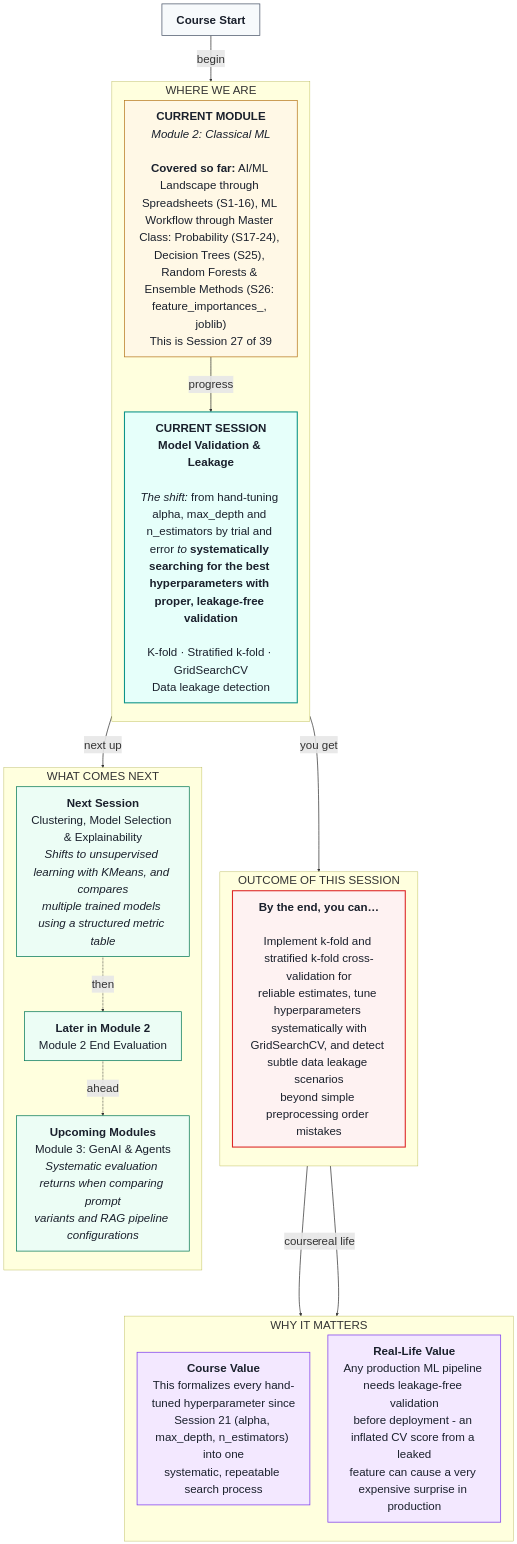
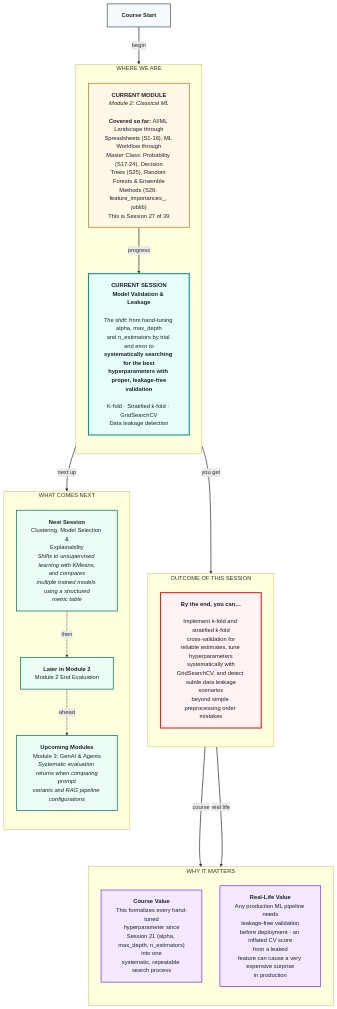
One commit to ritzrmx/Masai_Curriculum changed the diagram in IITP_AIML_Regional/IITR-AIML-TA-I-2606 & IITP-AIML-TA-II-2607/Module-2/Academic session 27- Model Validation & Leakage/pre-read - Session 27 - Model Validation & Leakage.md. Above: the diagram before and after it, drawn with Mermaid. The commit also changed other lines of this file and 15 other files, not shown here.

Commit message:
Add Session 28 (12.2) materials: Clustering, Model Selection & Explainability

````diff
--- a/IITP_AIML_Regional/IITR-AIML-TA-I-2606 & IITP-AIML-TA-II-2607/Module-2/Academic session 27- Model Validation & Leakage/pre-read - Session 27 - Model Validation & Leakage.md
+++ b/IITP_AIML_Regional/IITR-AIML-TA-I-2606 & IITP-AIML-TA-II-2607/Module-2/Academic session 27- Model Validation & Leakage/pre-read - Session 27 - Model Validation & Leakage.md
@@ -7,55 +5,55 @@
 ```mermaid
-%%{init: {'themeVariables': {'fontSize': '32px', 'fontFamily': 'sans-serif'}, 'flowchart': {'htmlLabels': true, 'nodeSpacing': 50, 'rankSpacing': 80, 'wrappingWidth': 400, 'padding': 20}}}%%
+%%{init: {'flowchart': {'htmlLabels': true, 'nodeSpacing': 50, 'rankSpacing': 80, 'padding': 20}}}%%
 flowchart TB
 
 START["<b>Course Start</b>"]
 
 subgraph foundation[" WHERE WE ARE "]
 direction TB
-    CURMOD["<b>CURRENT MODULE</b><br/><i>Module 2: Classical ML</i><br/>&nbsp;<br/><b>Covered so far:</b> AI/ML Landscape through Spreadsheets (S1-16), ML Workflow through Master Class: Probability (S17-24), Decision Trees (S25), Random Forests &amp; Ensemble Methods (S26: feature_importances_, joblib)<br/>This is Session 27 of 39"]
-    CURSES["<b>CURRENT SESSION</b><br/><b>Model Validation &amp; Leakage</b><br/>&nbsp;<br/><i>The shift:</i> from hand-tuning alpha, max_depth and n_estimators by trial and error <i>to</i> <b>systematically searching for the best hyperparameters with proper, leakage-free validation</b><br/>&nbsp;<br/>K-fold · Stratified k-fold · GridSearchCV<br/>Data leakage detection"]
+    CURMOD["<b>CURRENT MODULE</b><br/><i>Module 2: Classical ML</i><br/>&nbsp;<br/><b>Covered so far:</b> AI/ML Landscape through<br/>Spreadsheets (S1-16), ML Workflow through<br/>Master Class: Probability (S17-24), Decision<br/>Trees (S25), Random Forests &amp; Ensemble<br/>Methods (S26: feature_importances_, joblib)<br/>This is Session 27 of 39"]
+    CURSES["<b>CURRENT SESSION</b><br/><b>Model Validation &amp; Leakage</b><br/>&nbsp;<br/><i>The shift:</i> from hand-tuning alpha, max_depth<br/>and n_estimators by trial and error <i>to</i><br/><b>systematically searching for the best<br/>hyperparameters with proper, leakage-free<br/>validation</b><br/>&nbsp;<br/>K-fold · Stratified k-fold · GridSearchCV<br/>Data leakage detection"]
 end
 
 subgraph outcome[" OUTCOME OF THIS SESSION "]
 direction TB
-    OUT["<b>By the end, you can…</b><br/>&nbsp;<br/>Implement k-fold and stratified k-fold cross-validation for<br/>reliable estimates, tune hyperparameters systematically with<br/>GridSearchCV, and detect subtle data leakage scenarios<br/>beyond simple preprocessing order mistakes"]
+    OUT["<b>By the end, you can…</b><br/>&nbsp;<br/>Implement k-fold and stratified k-fold<br/>cross-validation for<br/>reliable estimates, tune hyperparameters<br/>systematically with<br/>GridSearchCV, and detect subtle data leakage<br/>scenarios<br/>beyond simple preprocessing order mistakes"]
 end
 
 subgraph value[" WHY IT MATTERS "]
 direction TB
-    CVAL["<b>Course Value</b><br/>This formalizes every hand-tuned hyperparameter since<br/>Session 21 (alpha, max_depth, n_estimators) into one<br/>systematic, repeatable search process"]
-    RVAL["<b>Real-Life Value</b><br/>Any production ML pipeline needs leakage-free validation<br/>before deployment - an inflated CV score from a leaked<br/>feature can cause a very expensive surprise in production"]
+    CVAL["<b>Course Value</b><br/>This formalizes every hand-tuned<br/>hyperparameter since<br/>Session 21 (alpha, max_depth, n_estimators)<br/>into one<br/>systematic, repeatable search process"]
+    RVAL["<b>Real-Life Value</b><br/>Any production ML pipeline needs<br/>leakage-free validation<br/>before deployment - an inflated CV score<br/>from a leaked<br/>feature can cause a very expensive surprise<br/>in production"]
 end
 
 subgraph future[" WHAT COMES NEXT "]
 direction TB
-    U0["<b>Next Session</b><br/>Clustering, Model Selection &amp; Explainability<br/><i>Shifts to unsupervised learning with KMeans, and compares<br/>multiple trained models using a structured metric table</i>"]
+    U0["<b>Next Session</b><br/>Clustering, Model Selection &amp;<br/>Explainability<br/><i>Shifts to unsupervised learning with KMeans,<br/>and compares<br/>multiple trained models using a structured<br/>metric table</i>"]
     U1["<b>Later in Module 2</b><br/>Module 2 End Evaluation"]
-    U2["<b>Upcoming Modules</b><br/>Module 3: GenAI &amp; Agents<br/><i>Systematic evaluation returns when comparing prompt<br/>variants and RAG pipeline configurations</i>"]
+    U2["<b>Upcoming Modules</b><br/>Module 3: GenAI &amp; Agents<br/><i>Systematic evaluation returns when comparing<br/>prompt<br/>variants and RAG pipeline configurations</i>"]
 end
 
 START ==>|" begin "| CURMOD
 CURMOD ==>|" progress "| CURSES
 CURSES ==>|" you get "| OUT
 OUT ==>|" course "| CVAL
 OUT ==>|" real life "| RVAL
 CURSES ==>|" next up "| U0
 U0 -.->|" then "| U1
 U1 -.->|" ahead "| U2
 
 classDef startBox fill:#F7FAFC,stroke:#4A5568,stroke-width:2px,color:#1A202C
 classDef curModBox fill:#FFF8E6,stroke:#B7791F,stroke-width:2px,color:#1A202C
 classDef curSessBox fill:#E6FFFA,stroke:#0D9488,stroke-width:3px,color:#1A202C
 classDef outBox fill:#FEF2F2,stroke:#DC2626,stroke-width:3px,color:#1A202C
 classDef valueBox fill:#F3E8FF,stroke:#7C3AED,stroke-width:2px,color:#1A202C
 classDef futureBox fill:#ECFDF5,stroke:#047857,stroke-width:2px,color:#1A202C
 
 class START startBox
 class CURMOD curModBox
 class CURSES curSessBox
 class OUT outBox
 class CVAL,RVAL valueBox
 class U0,U1,U2 futureBox
 
 linkStyle default stroke-width:2px
 ```
````
